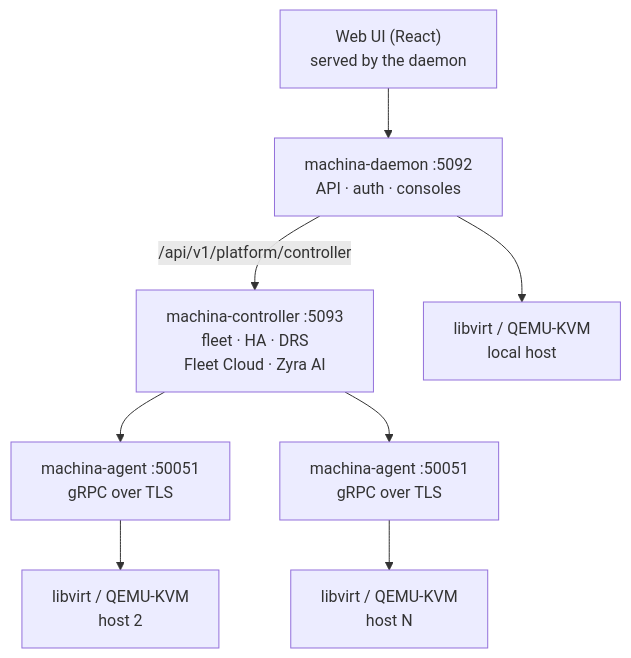
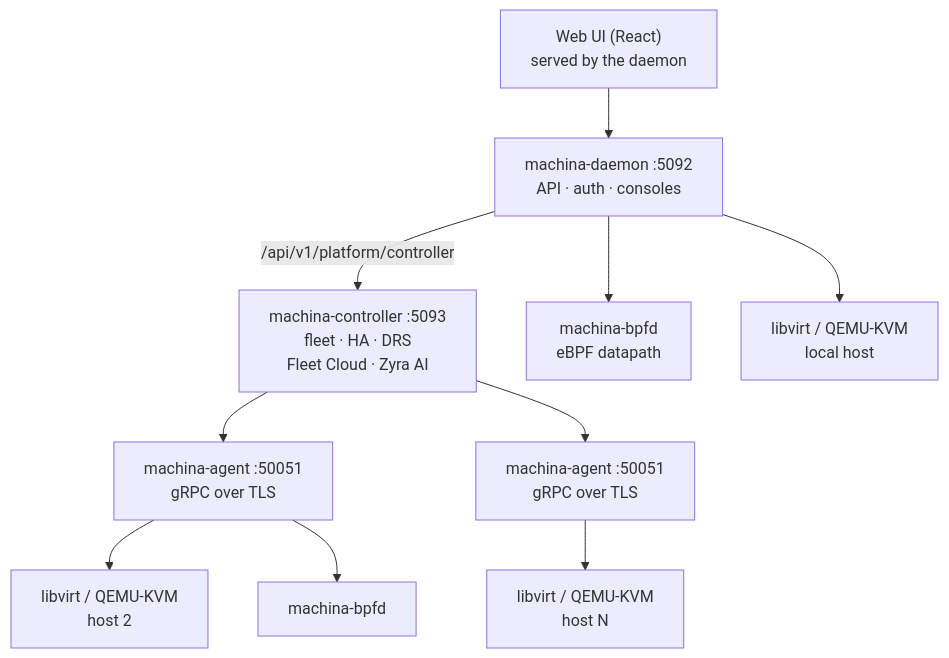
Before and after one commit to thanhan92-f1/machina: the diagram in website/docs/core-concepts/architecture.md, drawn with Mermaid. The commit also changed other lines of this file and 126 other files, not shown here.

````diff
--- a/website/docs/core-concepts/architecture.md
+++ b/website/docs/core-concepts/architecture.md
@@ -11,16 +12,20 @@
 ```mermaid
 flowchart TB
   UI["Web UI (React)<br/>served by the daemon"]
   D["machina-daemon :5092<br/>API · auth · consoles"]
   C["machina-controller :5093<br/>fleet · HA · DRS<br/>Fleet Cloud · Zyra AI"]
   A1["machina-agent :50051<br/>gRPC over TLS"]
   A2["machina-agent :50051<br/>gRPC over TLS"]
+  B0["machina-bpfd<br/>eBPF datapath"]
+  B1["machina-bpfd"]
   L0["libvirt / QEMU-KVM<br/>local host"]
   L1["libvirt / QEMU-KVM<br/>host 2"]
   L2["libvirt / QEMU-KVM<br/>host N"]
   UI --> D
   D --> L0
+  D --> B0
   D -- "/api/v1/platform/controller" --> C
   C --> A1 --> L1
+  A1 --> B1
   C --> A2 --> L2
 ```
````
